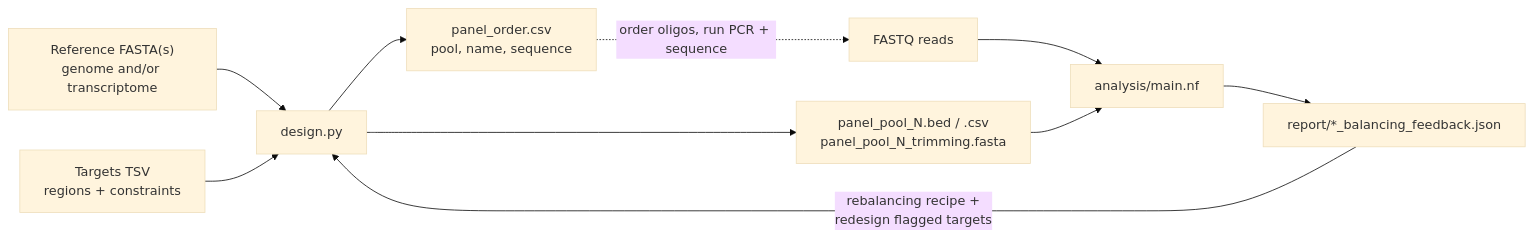
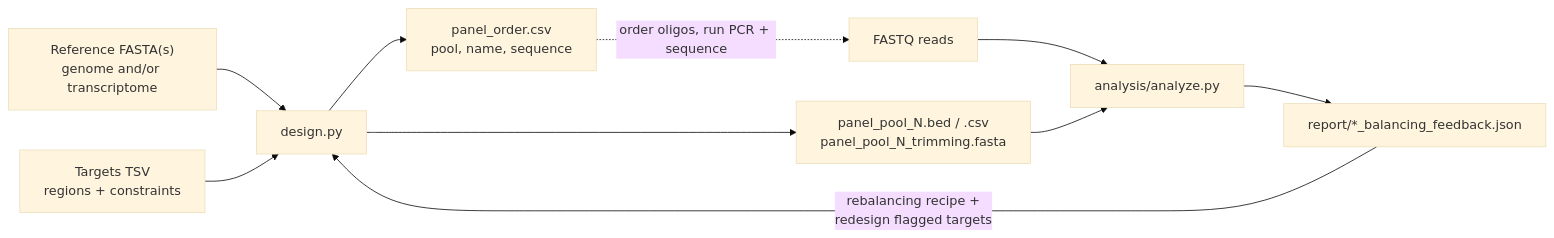
Before and after one commit to AHumanBrain/my_amplicon_project: the first of 7 diagrams in README.md, drawn with Mermaid (base theme). The commit also changed other lines of this file and 23 other files, not shown here.

````diff
--- a/README.md
+++ b/README.md
@@ -13,10 +13,10 @@
 ```mermaid
 flowchart LR
     G["Reference FASTA(s)<br/>genome and/or transcriptome"] & T["Targets TSV<br/>regions + constraints"] --> D["design.py"]
     D --> O["panel_order.csv<br/>pool, name, sequence"]
     D --> B["panel_pool_N.bed / .csv<br/>panel_pool_N_trimming.fasta"]
     O -. "order oligos, run PCR + sequence" .-> R["FASTQ reads"]
-    R & B --> N["analysis/main.nf"]
+    R & B --> N["analysis/analyze.py"]
     N --> F["report/*_balancing_feedback.json"]
     F -- "rebalancing recipe +<br/>redesign flagged targets" --> D
 ```
````
